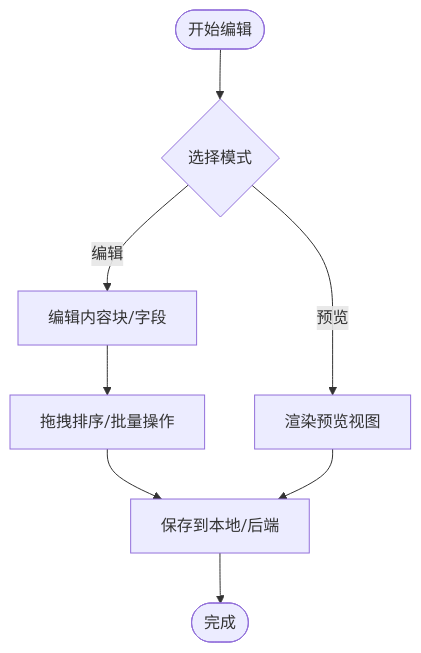
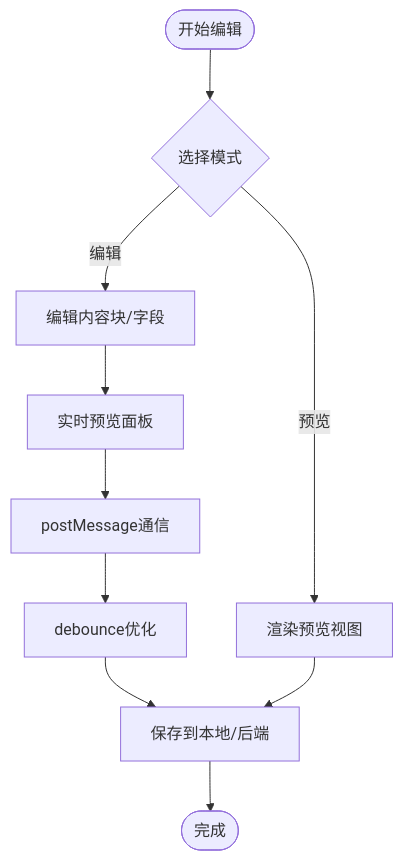
Before and after one commit to hx631580609-web/zsts-cms: the third of 8 diagrams in .qoder/repowiki/zh/content/管理后台系统/内容编辑器.md, drawn with Mermaid. The commit also changed other lines of this file and 5 other files, not shown here.

````diff
--- a/.qoder/repowiki/zh/content/管理后台系统/内容编辑器.md
+++ b/.qoder/repowiki/zh/content/管理后台系统/内容编辑器.md
@@ -150,10 +167,12 @@
 ```mermaid
 flowchart TD
 Start(["开始编辑"]) --> Mode{"选择模式"}
 Mode --> |编辑| Edit["编辑内容块/字段"]
 Mode --> |预览| Preview["渲染预览视图"]
-Edit --> Drag["拖拽排序/批量操作"]
-Drag --> Save["保存到本地/后端"]
+Edit --> LivePreview["实时预览面板"]
+LivePreview --> PostMessage["postMessage通信"]
+PostMessage --> Debounce["debounce优化"]
+Debounce --> Save["保存到本地/后端"]
 Preview --> Save
 Save --> End(["完成"])
 ```
````
